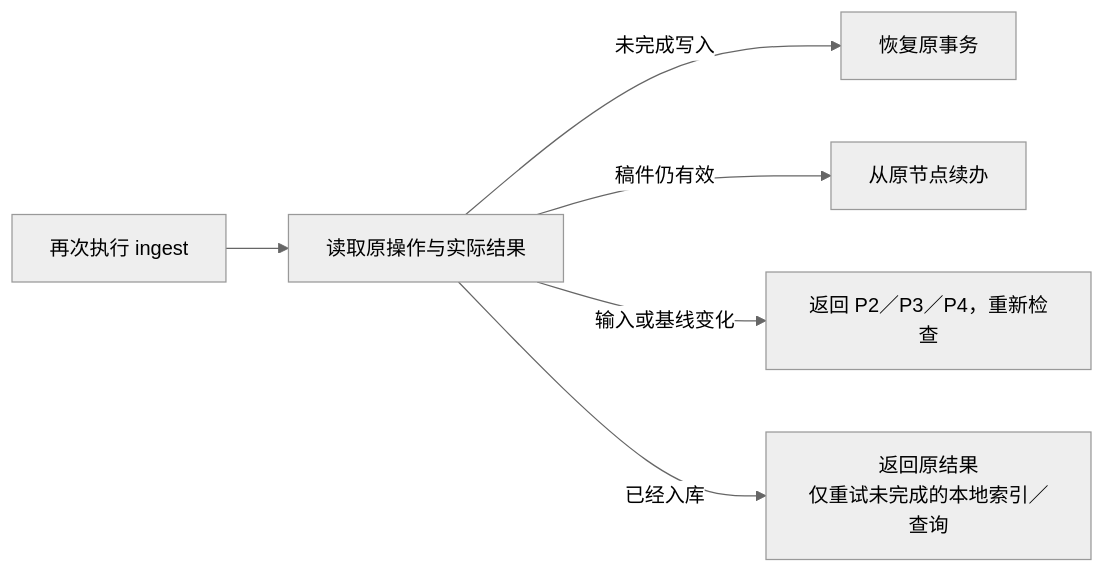
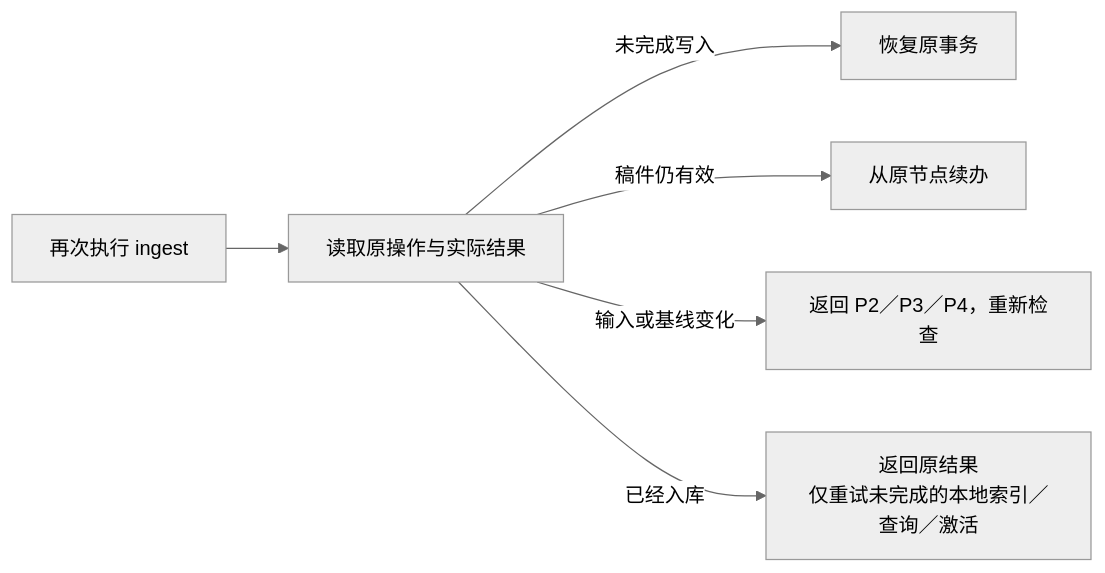
Diagram 17 of 20 in aiotbot-knowledge-wifi-mp/docs-llm-wiki/知识库详细设计.md (Robin-hhc/FactumCore), drawn with Mermaid (neutral theme) before and after one commit. The commit also changed other lines of this file and 115 other files, not shown here.

````diff
--- a/aiotbot-knowledge-wifi-mp/docs-llm-wiki/知识库详细设计.md
+++ b/aiotbot-knowledge-wifi-mp/docs-llm-wiki/知识库详细设计.md
@@ -761,8 +777,8 @@
 ```mermaid
 flowchart LR
     RUN["再次执行 ingest"] --> STATE["读取原操作与实际结果"]
     STATE -->|"未完成写入"| RECOVER["恢复原事务"]
     STATE -->|"稿件仍有效"| CONTINUE["从原节点续办"]
     STATE -->|"输入或基线变化"| REVISE["返回 P2／P3／P4，重新检查"]
-    STATE -->|"已经入库"| DONE["返回原结果<br/>仅重试未完成的本地索引／查询"]
+    STATE -->|"已经入库"| DONE["返回原结果<br/>仅重试未完成的本地索引／查询／激活"]
 ```
````
